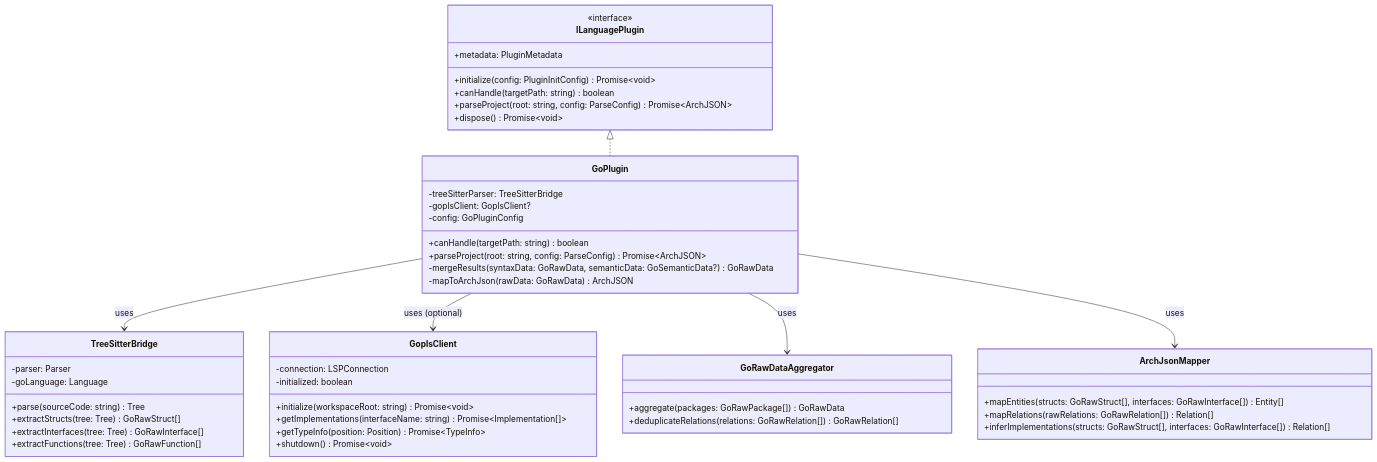
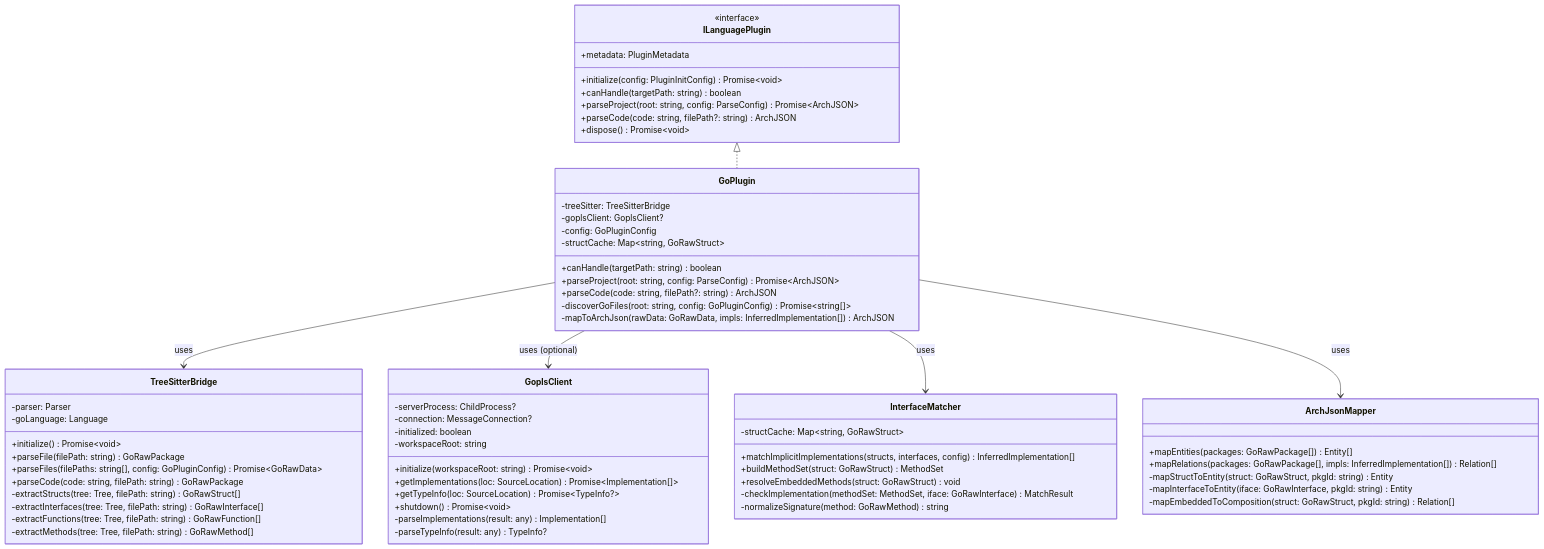
The diagram in docs/refactoring/proposals/15-golang-support-proposal.md (yaleh/archguard), drawn with Mermaid before and after one commit. The commit also changed other lines of this file and 1 other file, not shown here.

````diff
--- a/docs/refactoring/proposals/15-golang-support-proposal.md
+++ b/docs/refactoring/proposals/15-golang-support-proposal.md
@@ -111,60 +112,77 @@
 ```mermaid
 classDiagram
     direction TB
 
     %% ArchGuard Core (from Proposal 03)
     class ILanguagePlugin {
         <<interface>>
         +metadata: PluginMetadata
         +initialize(config: PluginInitConfig) Promise~void~
         +canHandle(targetPath: string) boolean
         +parseProject(root: string, config: ParseConfig) Promise~ArchJSON~
+        +parseCode(code: string, filePath?: string) ArchJSON
         +dispose() Promise~void~
     }
 
     %% Go Plugin Implementation
     class GoPlugin {
-        -treeSitterParser: TreeSitterBridge
+        -treeSitter: TreeSitterBridge
         -goplsClient: GoplsClient?
         -config: GoPluginConfig
+        -structCache: Map~string, GoRawStruct~
         +canHandle(targetPath: string) boolean
         +parseProject(root: string, config: ParseConfig) Promise~ArchJSON~
-        -mergeResults(syntaxData: GoRawData, semanticData: GoSemanticData?) GoRawData
-        -mapToArchJson(rawData: GoRawData) ArchJSON
+        +parseCode(code: string, filePath?: string) ArchJSON
+        -discoverGoFiles(root: string, config: GoPluginConfig) Promise~string[]~
+        -mapToArchJson(rawData: GoRawData, impls: InferredImplementation[]) ArchJSON
     }
 
     class TreeSitterBridge {
         -parser: Parser
         -goLanguage: Language
-        +parse(sourceCode: string) Tree
-        +extractStructs(tree: Tree) GoRawStruct[]
-        +extractInterfaces(tree: Tree) GoRawInterface[]
-        +extractFunctions(tree: Tree) GoRawFunction[]
+        +initialize() Promise~void~
+        +parseFile(filePath: string) GoRawPackage
+        +parseFiles(filePaths: string[], config: GoPluginConfig) Promise~GoRawData~
+        +parseCode(code: string, filePath: string) GoRawPackage
+        -extractStructs(tree: Tree, filePath: string) GoRawStruct[]
+        -extractInterfaces(tree: Tree, filePath: string) GoRawInterface[]
+        -extractFunctions(tree: Tree, filePath: string) GoRawFunction[]
+        -extractMethods(tree: Tree, filePath: string) GoRawMethod[]
     }
 
     class GoplsClient {
-        -connection: LSPConnection
+        -serverProcess: ChildProcess?
+        -connection: MessageConnection?
         -initialized: boolean
+        -workspaceRoot: string
         +initialize(workspaceRoot: string) Promise~void~
-        +getImplementations(interfaceName: string) Promise~Implementation[]~
-        +getTypeInfo(position: Position) Promise~TypeInfo~
+        +getImplementations(loc: SourceLocation) Promise~Implementation[]~
+        +getTypeInfo(loc: SourceLocation) Promise~TypeInfo?~
         +shutdown() Promise~void~
+        -parseImplementations(result: any) Implementation[]
+        -parseTypeInfo(result: any) TypeInfo?
     }
 
-    class GoRawDataAggregator {
-        +aggregate(packages: GoRawPackage[]) GoRawData
-        +deduplicateRelations(relations: GoRawRelation[]) GoRawRelation[]
+    class InterfaceMatcher {
+        -structCache: Map~string, GoRawStruct~
+        +matchImplicitImplementations(structs, interfaces, config) InferredImplementation[]
+        +buildMethodSet(struct: GoRawStruct) MethodSet
+        +resolveEmbeddedMethods(struct: GoRawStruct) void
+        -checkImplementation(methodSet: MethodSet, iface: GoRawInterface) MatchResult
+        -normalizeSignature(method: GoRawMethod) string
     }
 
     class ArchJsonMapper {
-        +mapEntities(structs: GoRawStruct[], interfaces: GoRawInterface[]) Entity[]
-        +mapRelations(rawRelations: GoRawRelation[]) Relation[]
-        +inferImplementations(structs: GoRawStruct[], interfaces: GoRawInterface[]) Relation[]
+        +mapEntities(packages: GoRawPackage[]) Entity[]
+        +mapRelations(packages: GoRawPackage[], impls: InferredImplementation[]) Relation[]
+        -mapStructToEntity(struct: GoRawStruct, pkgId: string) Entity
+        -mapInterfaceToEntity(iface: GoRawInterface, pkgId: string) Entity
+        -mapEmbeddedToComposition(struct: GoRawStruct, pkgId: string) Relation[]
     }
 
     ILanguagePlugin <|.. GoPlugin
     GoPlugin --> TreeSitterBridge : uses
     GoPlugin --> GoplsClient : uses (optional)
-    GoPlugin --> GoRawDataAggregator : uses
+    GoPlugin --> InterfaceMatcher : uses
     GoPlugin --> ArchJsonMapper : uses
 ```
````
